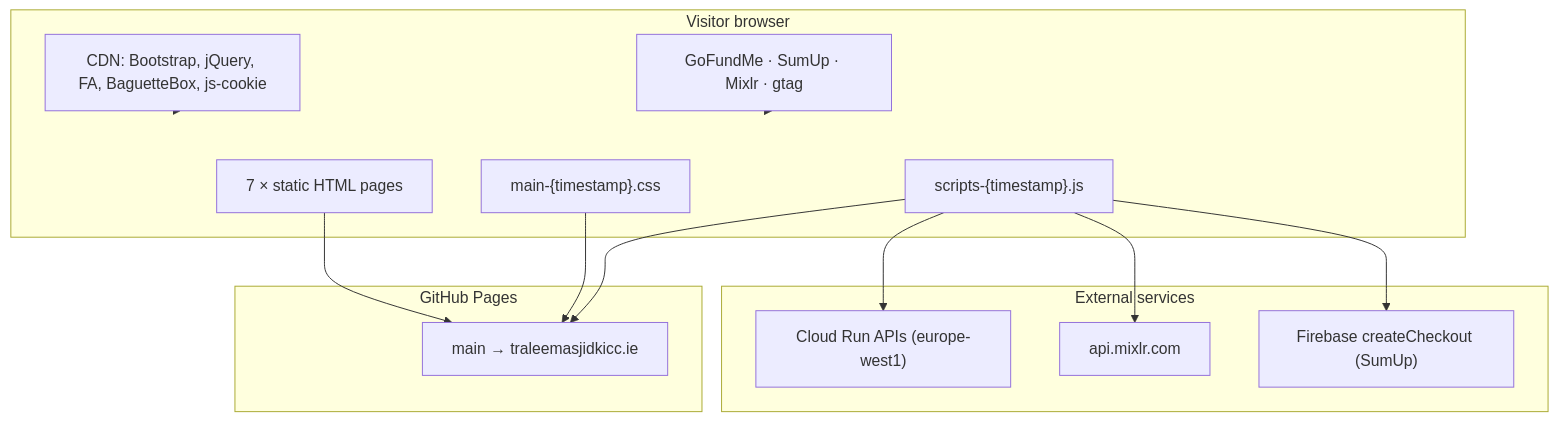
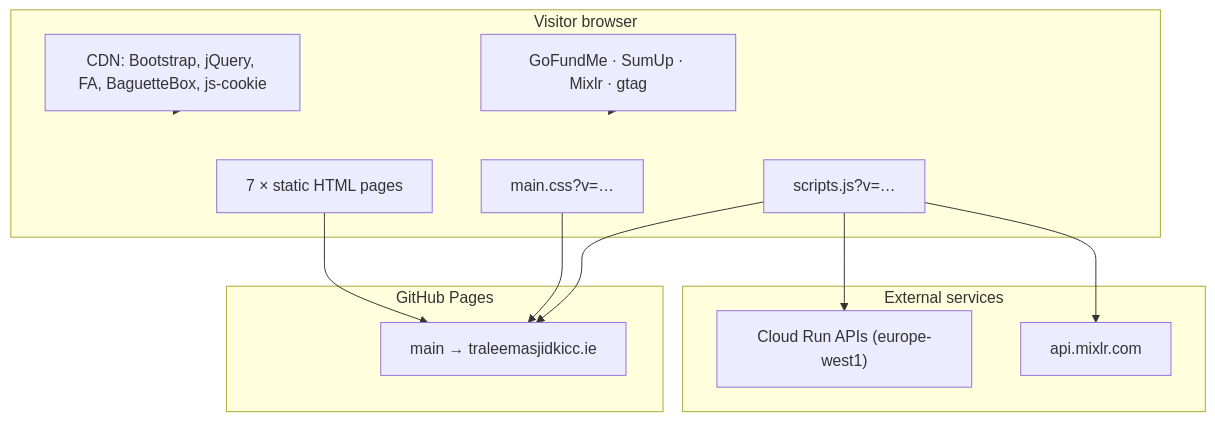
The first of 3 diagrams in README.md (traleemasjidkicc/traleemasjidkicc.github.io), drawn with Mermaid before and after one commit. The commit also changed other lines of this file and 36 other files, not shown here.

````diff
--- a/README.md
+++ b/README.md
@@ -157,29 +157,27 @@
 ```mermaid
 flowchart TB
     subgraph Browser["Visitor browser"]
         HTML["7 × static HTML pages"]
-        CSS["main-{timestamp}.css"]
-        JS["scripts-{timestamp}.js"]
+        CSS["main.css?v=…"]
+        JS["scripts.js?v=…"]
         CDN["CDN: Bootstrap, jQuery, FA, BaguetteBox, js-cookie"]
         Embed["GoFundMe · SumUp · Mixlr · gtag"]
     end
 
     subgraph GitHub["GitHub Pages"]
         GH["main → traleemasjidkicc.ie"]
     end
 
     subgraph Backend["External services"]
         CR["Cloud Run APIs (europe-west1)"]
         MX["api.mixlr.com"]
-        FB["Firebase createCheckout (SumUp)"]
     end
 
     HTML --> GH
     CSS --> GH
     JS --> GH
     JS --> CR
     JS --> MX
-    JS --> FB
     CDN --> Browser
     Embed --> Browser
 ```
````
